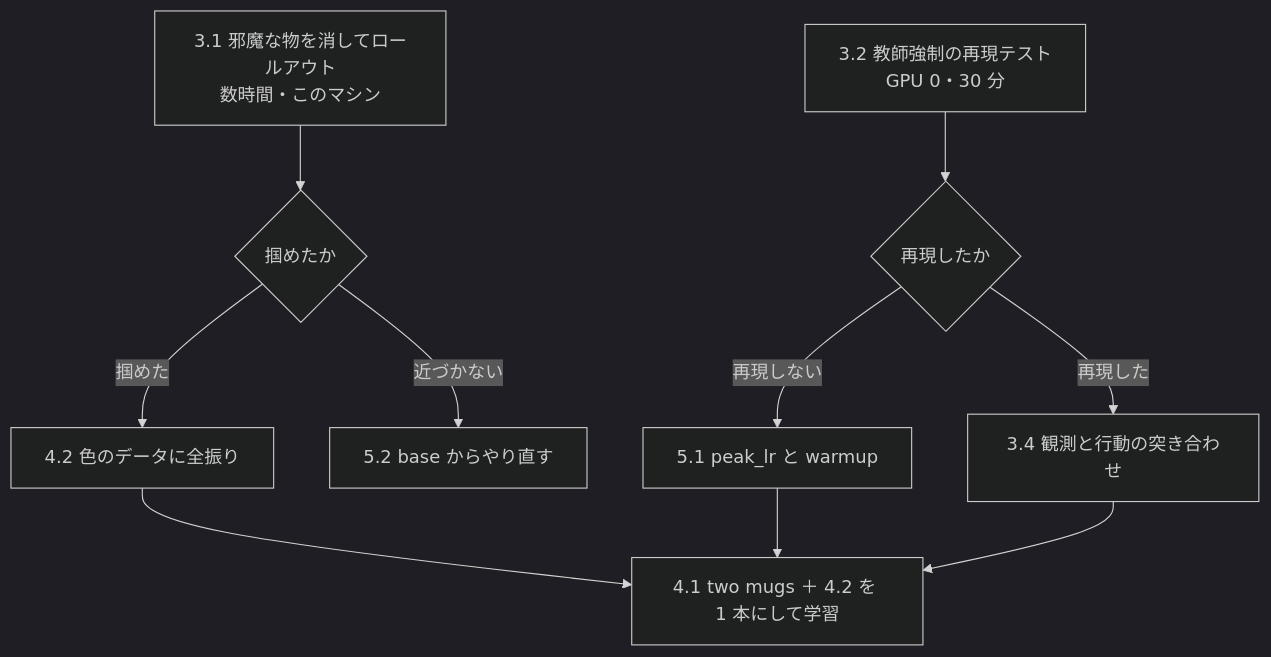
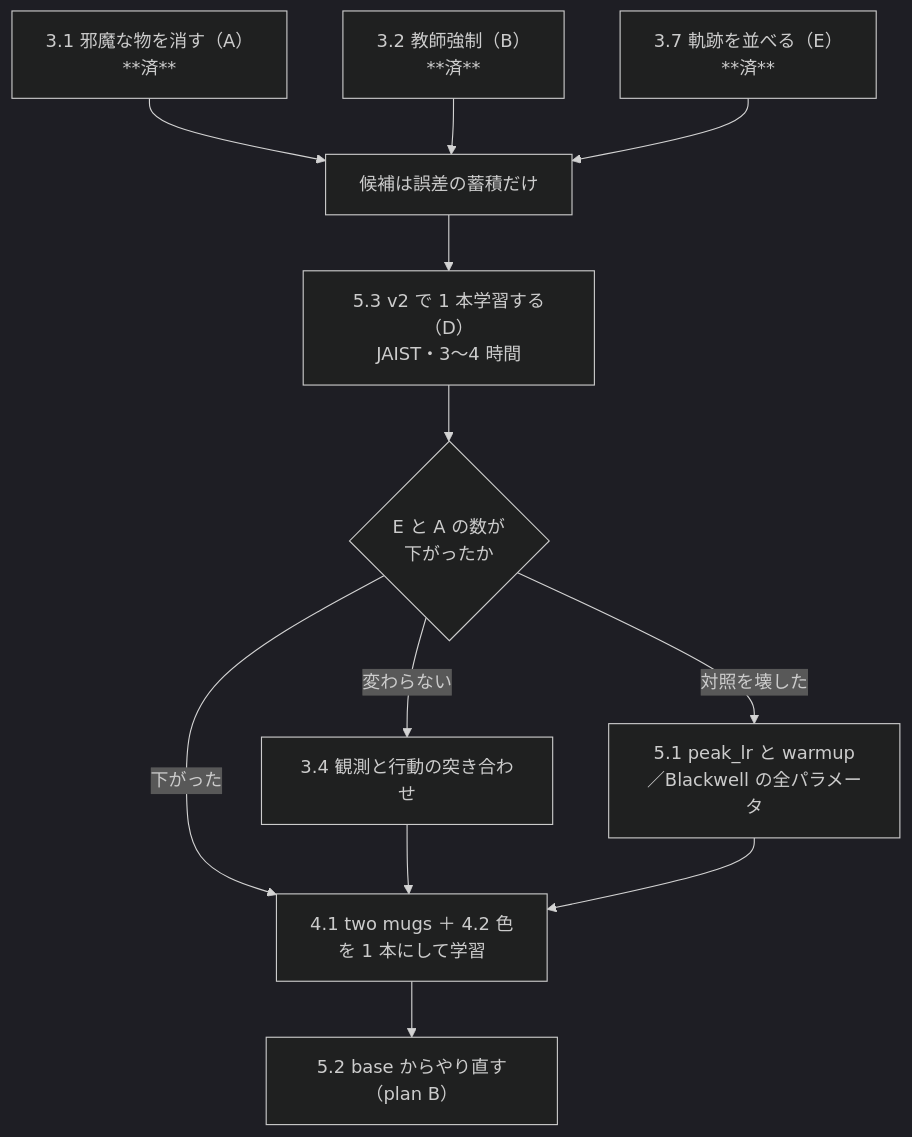
The second of 2 diagrams in docs/plan/22_grasp_and_color_next_moves.md (siruku6/PARC2026_pre), drawn with Mermaid (dark theme) before and after one commit. The commit also changed other lines of this file and 3 other files, not shown here.

````diff
--- a/docs/plan/22_grasp_and_color_next_moves.md
+++ b/docs/plan/22_grasp_and_color_next_moves.md
@@ -519,12 +580,14 @@
 ```mermaid
 flowchart TD
-    A["3.1 邪魔な物を消してロールアウト<br/>数時間・このマシン"] --> A1{掴めたか}
-    B["3.2 教師強制の再現テスト<br/>GPU 0・30 分"] --> B1{再現したか}
-    A1 -- 掴めた --> D["4.2 色のデータに全振り"]
-    A1 -- 近づかない --> E["5.2 base からやり直す"]
-    B1 -- 再現した --> C["3.4 観測と行動の突き合わせ"]
-    B1 -- 再現しない --> F["5.1 peak_lr と warmup"]
-    D --> G["4.1 two mugs ＋ 4.2 を 1 本にして学習"]
+    A["3.1 邪魔な物を消す（A）<br/>**済**"] --> X["候補は誤差の蓄積だけ"]
+    B["3.2 教師強制（B）<br/>**済**"] --> X
+    E["3.7 軌跡を並べる（E）<br/>**済**"] --> X
+    X --> D["5.3 v2 で 1 本学習する（D）<br/>JAIST・3〜4 時間"]
+    D --> D1{"E と A の数が<br/>下がったか"}
+    D1 -- 下がった --> G["4.1 two mugs ＋ 4.2 色<br/>を 1 本にして学習"]
+    D1 -- 変わらない --> C["3.4 観測と行動の突き合わせ"]
+    D1 -- 対照を壊した --> F["5.1 peak_lr と warmup<br/>／Blackwell の全パラメータ"]
+    C --> G
     F --> G
-    C --> G
+    G --> H["5.2 base からやり直す（plan B）"]
 ```
````
